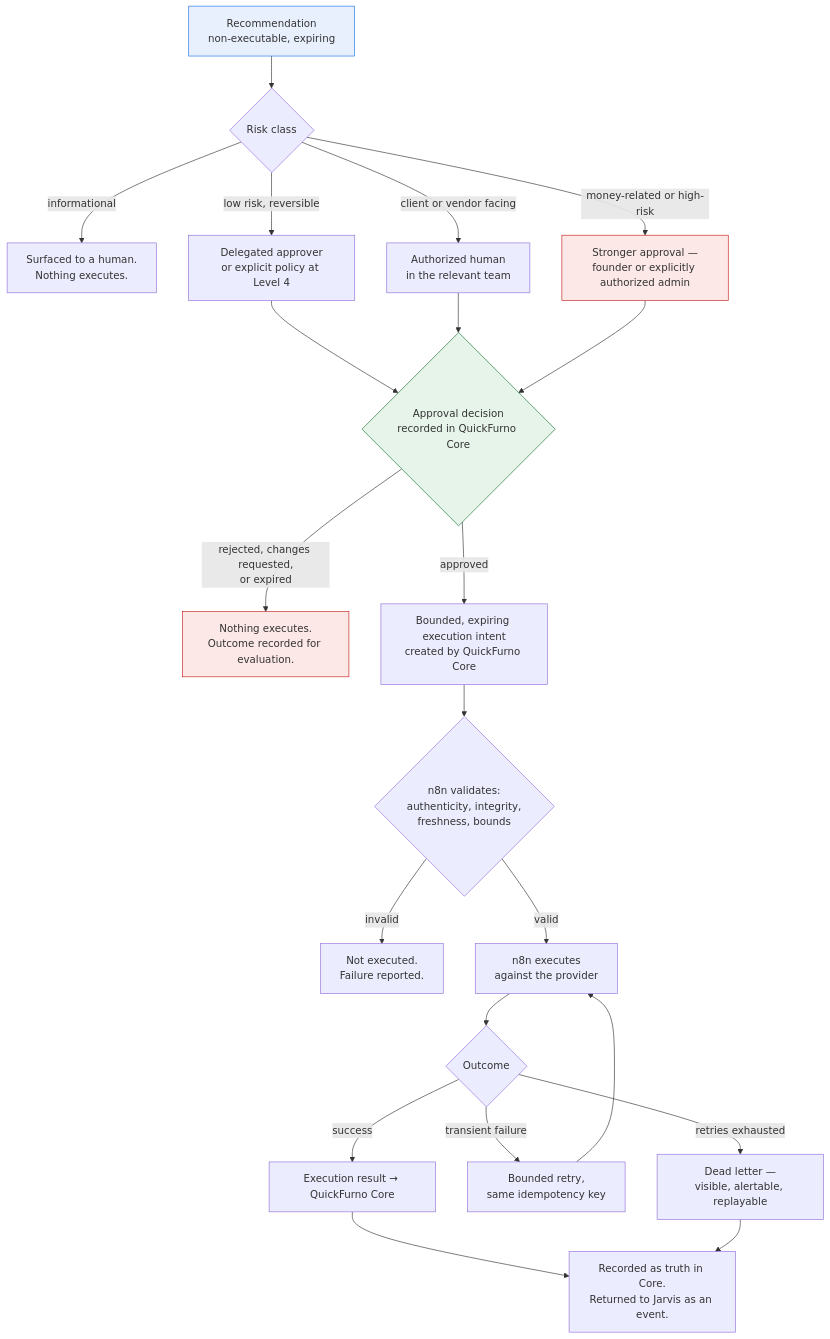
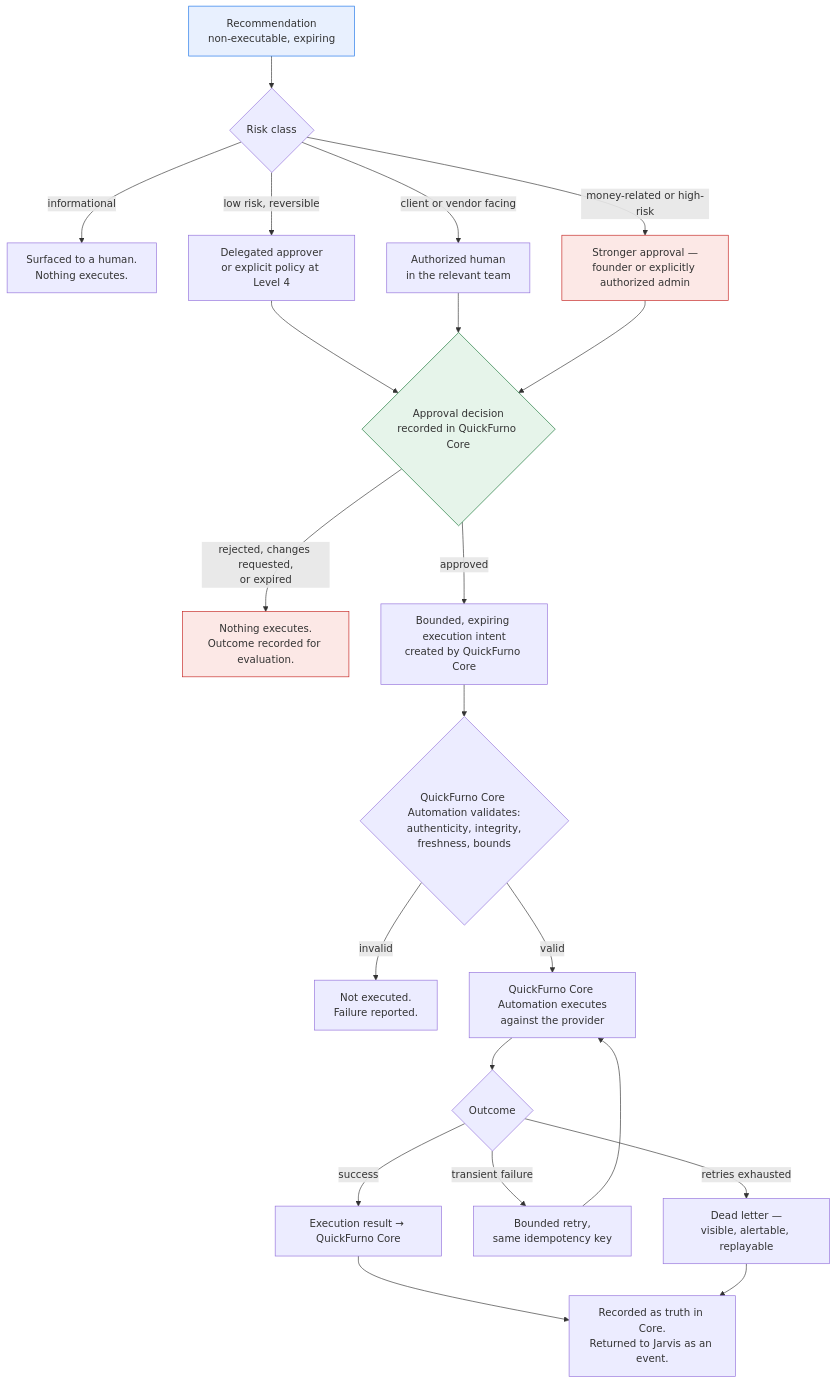
The diagram in docs/architecture/execution-governance.md (quickfurno-maker/qf-jarvis), drawn with Mermaid before and after one commit. The commit also changed other lines of this file and 531 other files, not shown here.

````diff
--- a/docs/architecture/execution-governance.md
+++ b/docs/architecture/execution-governance.md
@@ -177,34 +177,34 @@
 ```mermaid
 flowchart TB
     R["Recommendation<br/>non-executable, expiring"] --> RISK{"Risk class"}
 
     RISK -->|"informational"| INFO["Surfaced to a human.<br/>Nothing executes."]
     RISK -->|"low risk, reversible"| DEL["Delegated approver<br/>or explicit policy at Level 4"]
     RISK -->|"client or vendor facing"| HUM["Authorized human<br/>in the relevant team"]
     RISK -->|"money-related or high-risk"| STRONG["Stronger approval —<br/>founder or explicitly authorized admin"]
 
     DEL --> DEC{"Approval decision<br/>recorded in QuickFurno Core"}
     HUM --> DEC
     STRONG --> DEC
 
     DEC -->|"rejected, changes requested,<br/>or expired"| NOOP["Nothing executes.<br/>Outcome recorded for evaluation."]
     DEC -->|"approved"| INT["Bounded, expiring execution intent<br/>created by QuickFurno Core"]
 
-    INT --> VAL{"n8n validates:<br/>authenticity, integrity,<br/>freshness, bounds"}
+    INT --> VAL{"QuickFurno Core Automation validates:<br/>authenticity, integrity,<br/>freshness, bounds"}
     VAL -->|"invalid"| REJ["Not executed.<br/>Failure reported."]
-    VAL -->|"valid"| EXE["n8n executes<br/>against the provider"]
+    VAL -->|"valid"| EXE["QuickFurno Core Automation executes<br/>against the provider"]
 
     EXE --> OK{"Outcome"}
     OK -->|"success"| RES["Execution result → QuickFurno Core"]
     OK -->|"transient failure"| RETRY["Bounded retry,<br/>same idempotency key"]
     RETRY --> EXE
     OK -->|"retries exhausted"| DL["Dead letter —<br/>visible, alertable, replayable"]
 
     RES --> CLOSE["Recorded as truth in Core.<br/>Returned to Jarvis as an event."]
     DL --> CLOSE
 
     style R fill:#e8f0fe,stroke:#1a73e8
     style DEC fill:#e6f4ea,stroke:#137333
     style STRONG fill:#fce8e6,stroke:#c5221f
     style NOOP fill:#fce8e6,stroke:#c5221f
 ```
````
